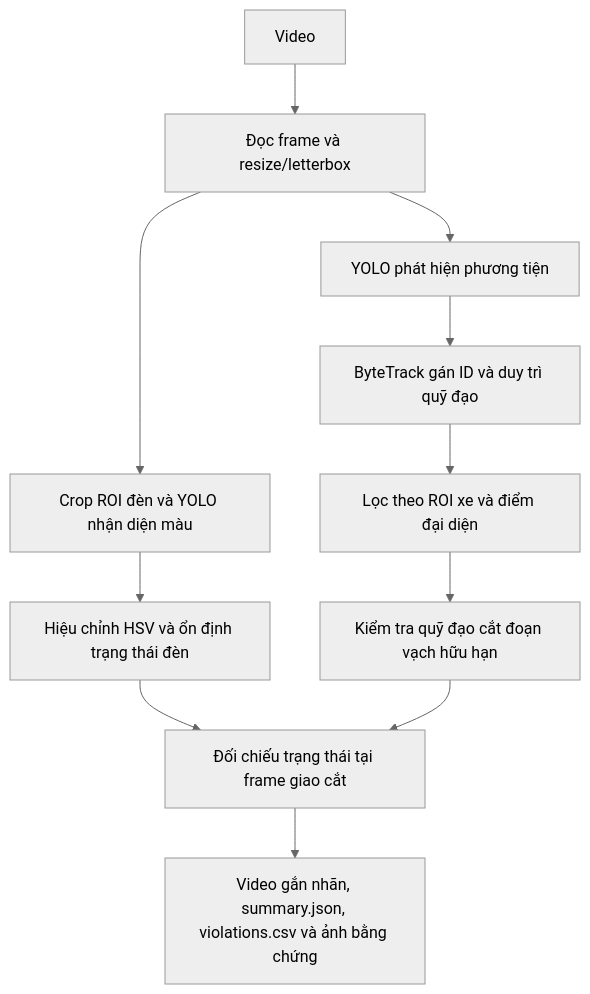
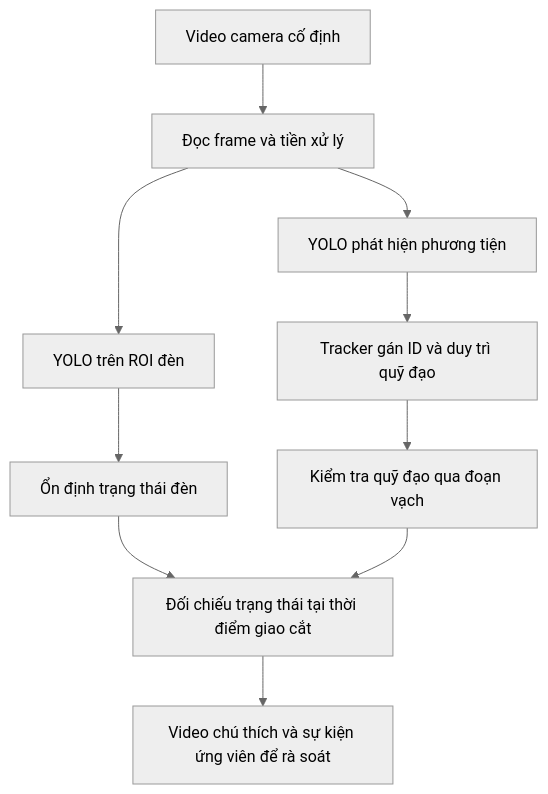
Before and after one commit to NVAnh050904/BCDATNN: the third of 14 diagrams in BAO_CAO_DO_AN_TOT_NGHIEP_MUC_LUC_0911.md, drawn with Mermaid (neutral theme). The commit also changed other lines of this file, not shown here.

````diff
--- a/BAO_CAO_DO_AN_TOT_NGHIEP_MUC_LUC_0911.md
+++ b/BAO_CAO_DO_AN_TOT_NGHIEP_MUC_LUC_0911.md
@@ -307,13 +368,12 @@
 ```mermaid
 flowchart TD
-    V[Video] --> F[Đọc frame và resize/letterbox]
+    V[Video camera cố định] --> F[Đọc frame và tiền xử lý]
     F --> D[YOLO phát hiện phương tiện]
-    D --> T[ByteTrack gán ID và duy trì quỹ đạo]
-    F --> L[Crop ROI đèn và YOLO nhận diện màu]
-    L --> H[Hiệu chỉnh HSV và ổn định trạng thái đèn]
-    T --> R[Lọc theo ROI xe và điểm đại diện]
-    R --> X[Kiểm tra quỹ đạo cắt đoạn vạch hữu hạn]
-    H --> E[Đối chiếu trạng thái tại frame giao cắt]
-    X --> E
-    E --> O[Video gắn nhãn, summary.json, violations.csv và ảnh bằng chứng]
+    D --> T[Tracker gán ID và duy trì quỹ đạo]
+    F --> L[YOLO trên ROI đèn]
+    L --> S[Ổn định trạng thái đèn]
+    T --> G[Kiểm tra quỹ đạo qua đoạn vạch]
+    S --> E[Đối chiếu trạng thái tại thời điểm giao cắt]
+    G --> E
+    E --> O[Video chú thích và sự kiện ứng viên để rà soát]
 ```
````
